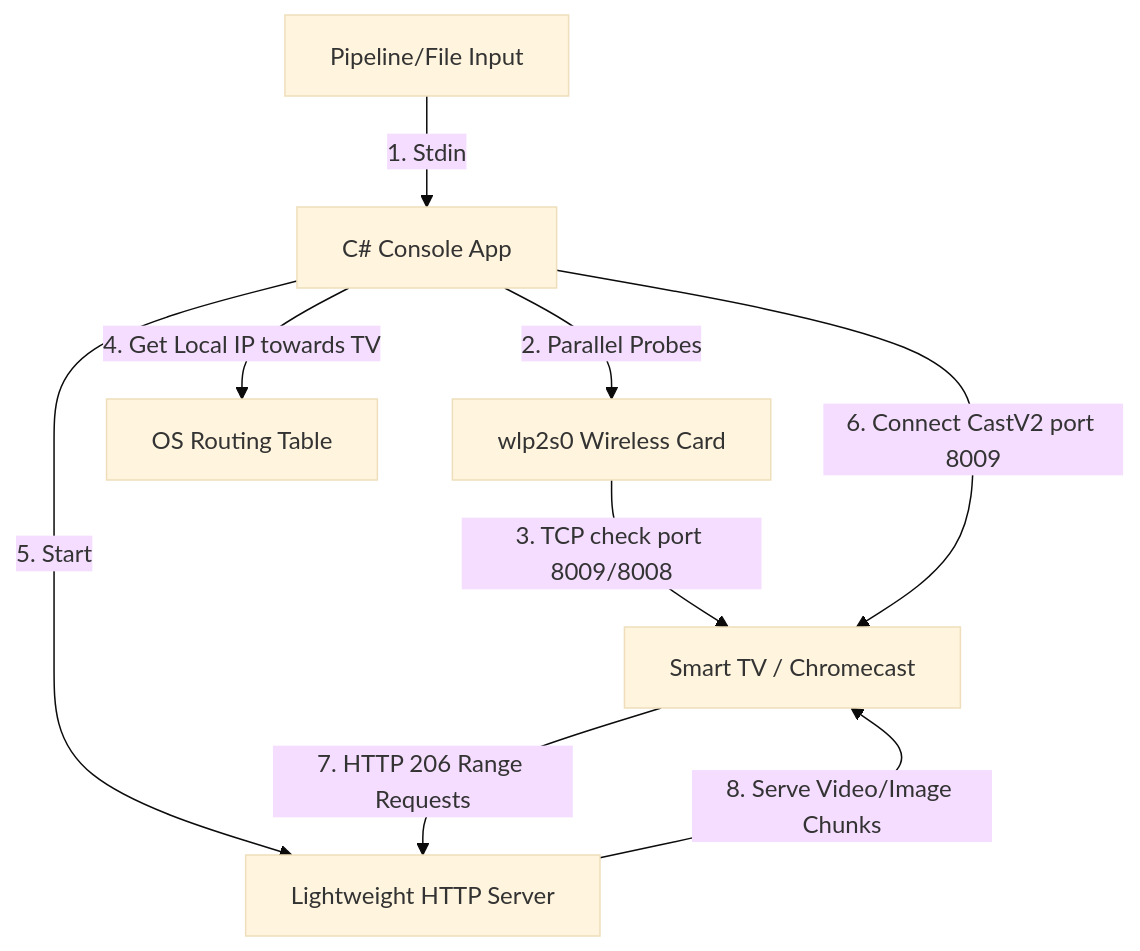
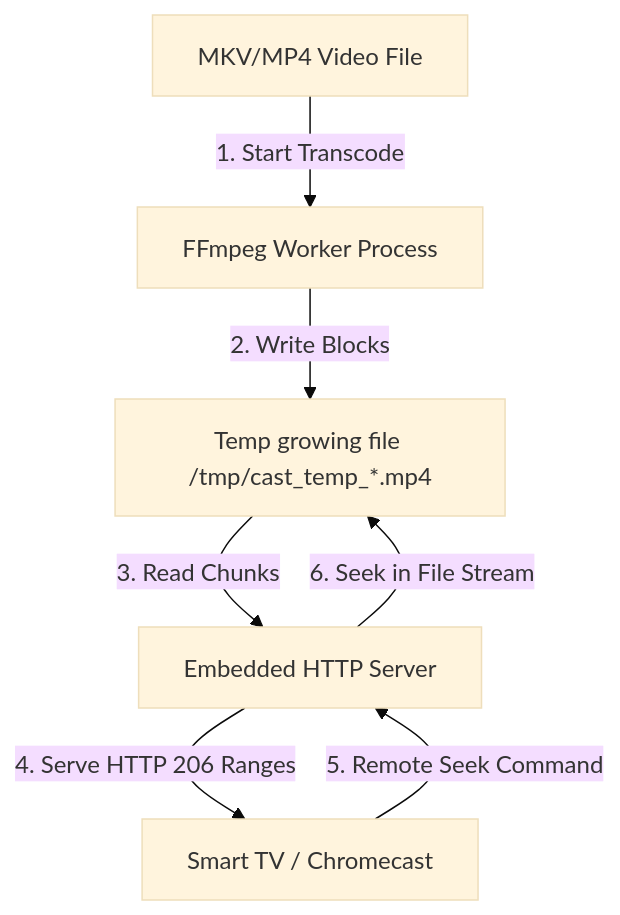
Before and after one commit to maxfridbe/cast-local: the diagram in README.md, drawn with Mermaid (base theme). The commit also changed other lines of this file, not shown here.

````diff
--- a/README.md
+++ b/README.md
@@ -22,11 +23,9 @@
 ```mermaid
 graph TD
-    Pipeline[Pipeline/File Input] -->|1. Stdin| App[C# Console App]
-    App -->|2. Parallel Probes| Network[wlp2s0 Wireless Card]
-    Network -->|3. TCP check port 8009/8008| TV[Smart TV / Chromecast]
-    App -->|4. Get Local IP towards TV| OS_Routing[OS Routing Table]
-    App -->|5. Start| Server[Lightweight HTTP Server]
-    App -->|6. Connect CastV2 port 8009| TV
-    TV -->|7. HTTP 206 Range Requests| Server
-    Server -->|8. Serve Video/Image Chunks| TV
+    Input[MKV/MP4 Video File] -->|1. Start Transcode| Ffmpeg[FFmpeg Worker Process]
+    Ffmpeg -->|2. Write Blocks| TempFile[Temp growing file /tmp/cast_temp_*.mp4]
+    TempFile -->|3. Read Chunks| Server[Embedded HTTP Server]
+    Server -->|4. Serve HTTP 206 Ranges| TV[Smart TV / Chromecast]
+    TV -->|5. Remote Seek Command| Server
+    Server -->|6. Seek in File Stream| TempFile
 ```
````
